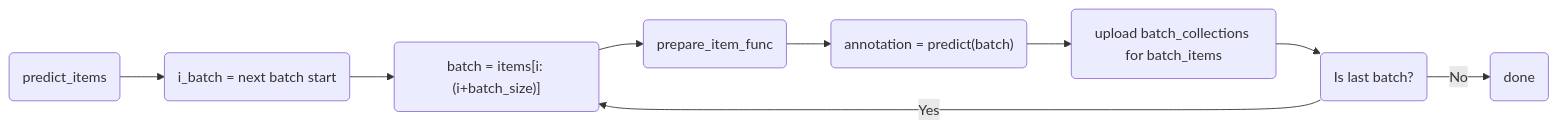
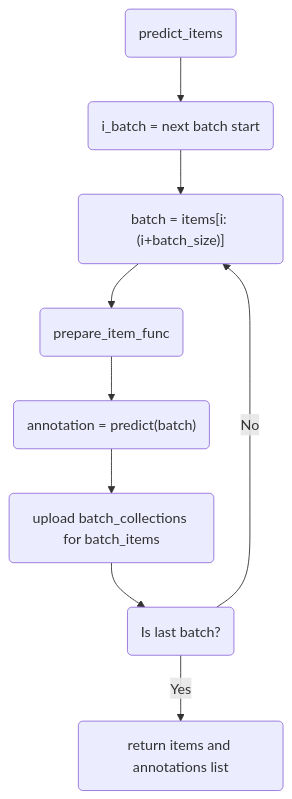
One commit to dataloop-ai/dtlpy-documentation changed the third of 5 diagrams in docs_build/tutorials_templates/model_management/advance/model_adapter_flows/chapter.md. Above: the diagram before and after it, drawn with Mermaid. The commit also changed other lines of this file and 2 other files, not shown here.

Commit message:
model adapter flows

````diff
--- a/docs_build/tutorials_templates/model_management/advance/model_adapter_flows/chapter.md
+++ b/docs_build/tutorials_templates/model_management/advance/model_adapter_flows/chapter.md
@@ -30,14 +32,14 @@
 ```mermaid
-flowchart LR
+flowchart TB
     id1(predict_items)-->
     id2(i_batch = next batch start)-->
     id3("batch = items[i: (i+batch_size)]")-->
     id4("prepare_item_func")-->
     id5("annotation = predict(batch)")-->
     id6("upload batch_collections for batch_items")-->
     id7("Is last batch?")
-    id8("done")
-    id7 -->|Yes| id3
-    id7 -->|No| id8
+    id8("return items and annotations list")
+    id7 -->|No| id3
+    id7 -->|Yes| id8
 
 ```
````
